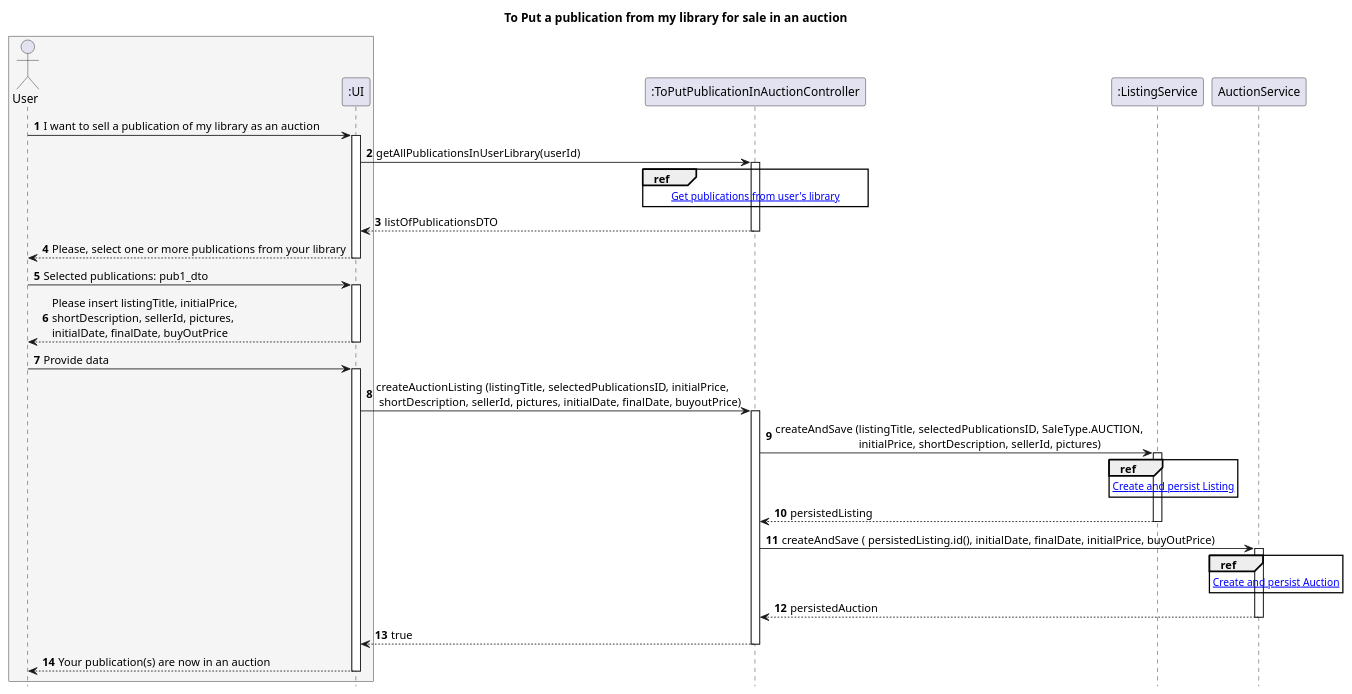
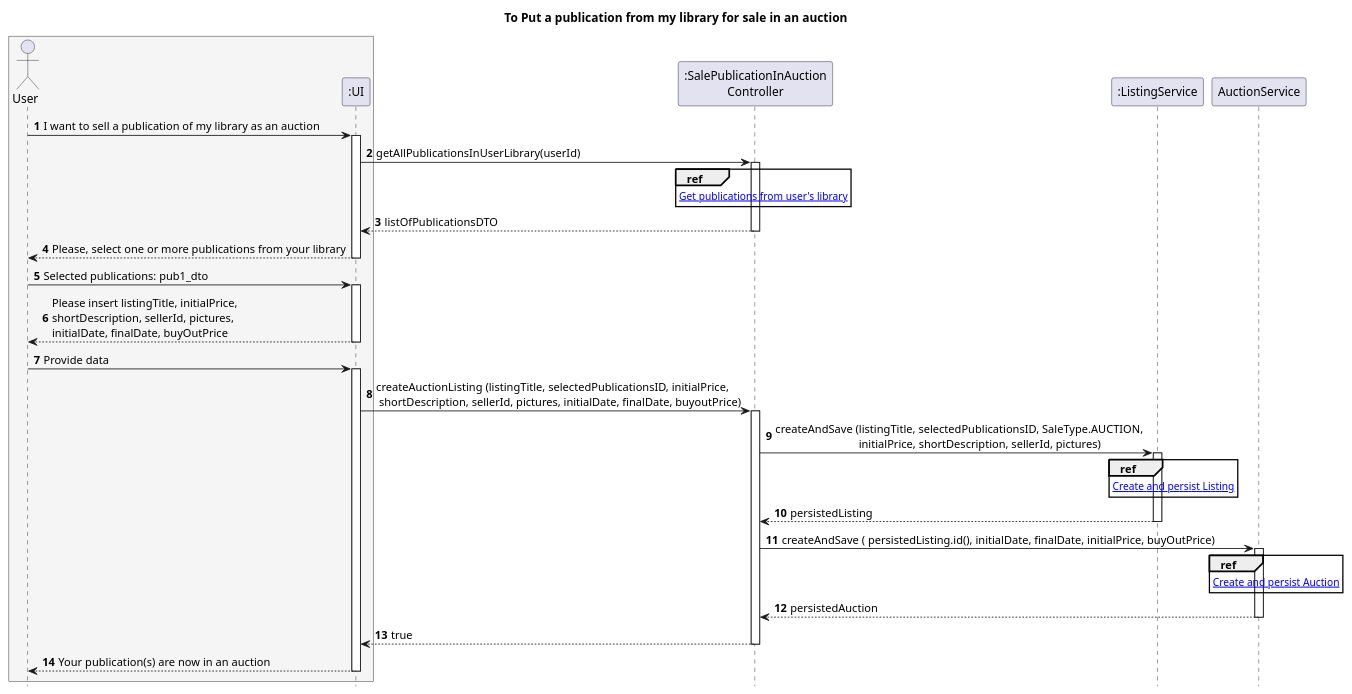
The diagram in Diagrams/SequenceDiagrams/N2/To-put-for-sale-as-Auction-publication-in-my-library/1.MainDiagram.puml (AndrePereiraGitH/SWitCH-Project-Team_A), drawn with PlantUML before and after one commit. The commit also changed 1 other file, not shown here.

Commit message:
docs #650: update CD-sale-publications-in-auction

```diff
--- a/Diagrams/SequenceDiagrams/N2/To-put-for-sale-as-Auction-publication-in-my-library/1.MainDiagram.puml
+++ b/Diagrams/SequenceDiagrams/N2/To-put-for-sale-as-Auction-publication-in-my-library/1.MainDiagram.puml
@@ -1,77 +1,77 @@
 @startuml
 autonumber
 hide footbox
 title To Put a publication from my library for sale in an auction
 
 box #whitesmoke
     actor User
     participant ":UI" as UI
 end box
 
-participant ":ToPutPublicationInAuctionController" as ctrl
+participant ":SalePublicationInAuction\nController" as ctrl
 participant ":ListingService" as listingService
 
 participant "AuctionService" as auctionService
 
 ' ======== GET ALL PUBLICATIONS IN USER'S LIBRARY =========
 User -> UI : I want to sell a publication of my library as an auction
 activate UI
 
 UI -> ctrl : getAllPublicationsInUserLibrary(userId)
 activate ctrl
 
 ref over ctrl
 [[2.GetAllPublicationsInUserLibrary.puml Get publications from user's library]]
 end ref
 
 ctrl --> UI : listOfPublicationsDTO
 deactivate ctrl
 
 UI --> User : Please, select one or more publications from your library
 deactivate UI
 
 User -> UI : Selected publications: pub1_dto
 activate UI
 UI --> User : Please insert listingTitle, initialPrice,\nshortDescription, sellerId, pictures,\ninitialDate, finalDate, buyOutPrice
 deactivate UI
 
 ' ========== CREATE AN AUCTION LISTING =============
 
 User -> UI : Provide data
 activate UI
 UI -> ctrl : createAuctionListing (listingTitle, selectedPublicationsID, initialPrice, \n shortDescription, sellerId, pictures, initialDate, finalDate, buyoutPrice)
 activate ctrl
 
 ctrl -> listingService : createAndSave (listingTitle, selectedPublicationsID, SaleType.AUCTION,\n                             initialPrice, shortDescription, sellerId, pictures)
 activate listingService
 
 ' ------- CREATE LISTING INSTANCE ---------------------
 
 ref over listingService
 [[3.CreateAndPersistListing.puml Create and persist Listing]]
 end ref
 
 listingService --> ctrl : persistedListing
 deactivate listingService
 ' =========== CREATE AUCTION ==============
 
 ctrl -> auctionService : createAndSave ( persistedListing.id(), initialDate, finalDate, initialPrice, buyOutPrice)
 
 ' ------ CREATE AUCTION INSTANCE ---------
 
 ref over auctionService
 [[4.CreateAndPersistAuction.puml Create and persist Auction]]
 end ref
 
 activate auctionService
 auctionService --> ctrl : persistedAuction
 deactivate auctionService
 
 ' ---- UI RETURN
 
 ctrl --> UI : true
 deactivate ctrl
 
 UI --> User : Your publication(s) are now in an auction
 deactivate UI
 @enduml
```
